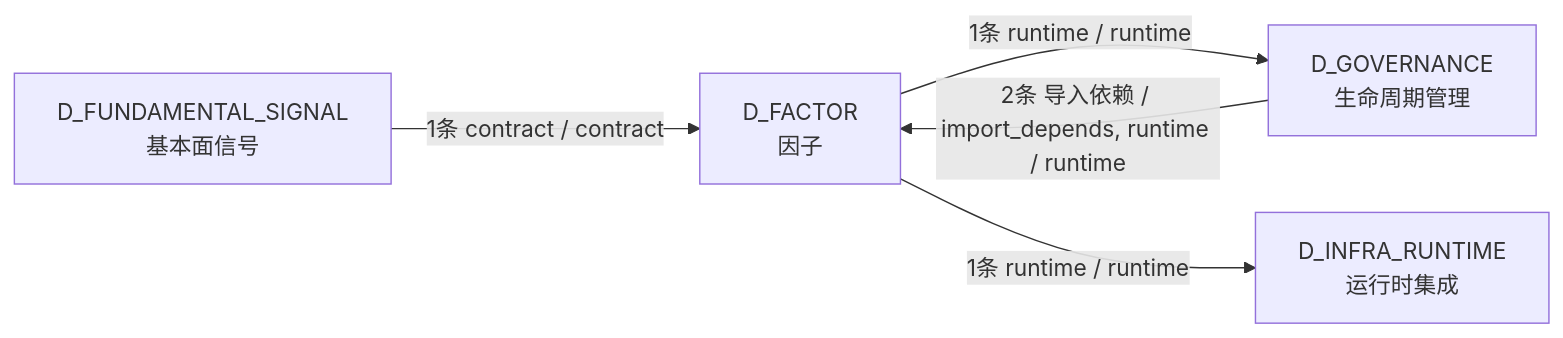
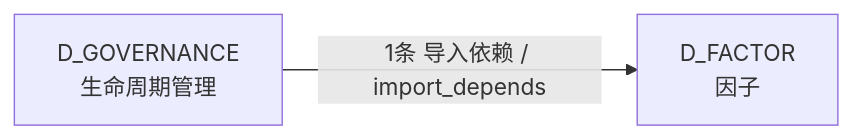
One commit to xuanFelixVan/ZephyrAlpha changed the fourth of 4 diagrams in docs/02_enterprise_architecture/02_domain_architecture_docs/34_d_factor.md. Above: the diagram before and after it, drawn with Mermaid. The commit also changed other lines of this file and 112 other files, not shown here.

````diff
--- a/docs/02_enterprise_architecture/02_domain_architecture_docs/34_d_factor.md
+++ b/docs/02_enterprise_architecture/02_domain_architecture_docs/34_d_factor.md
@@ -200,11 +181,6 @@
 ```mermaid
 graph LR
     D_FACTOR["D_FACTOR<br/>因子"]
     D_GOVERNANCE["D_GOVERNANCE<br/>生命周期管理"]
-    D_INFRA_RUNTIME["D_INFRA_RUNTIME<br/>运行时集成"]
-    D_FUNDAMENTAL_SIGNAL["D_FUNDAMENTAL_SIGNAL<br/>基本面信号"]
-    D_FACTOR -->|1条 runtime / runtime| D_GOVERNANCE
-    D_FACTOR -->|1条 runtime / runtime| D_INFRA_RUNTIME
-    D_GOVERNANCE -->|2条 导入依赖 / import_depends, runtime / runtime| D_FACTOR
-    D_FUNDAMENTAL_SIGNAL -->|1条 contract / contract| D_FACTOR
+    D_GOVERNANCE -->|1条 导入依赖 / import_depends| D_FACTOR
 ```
````
